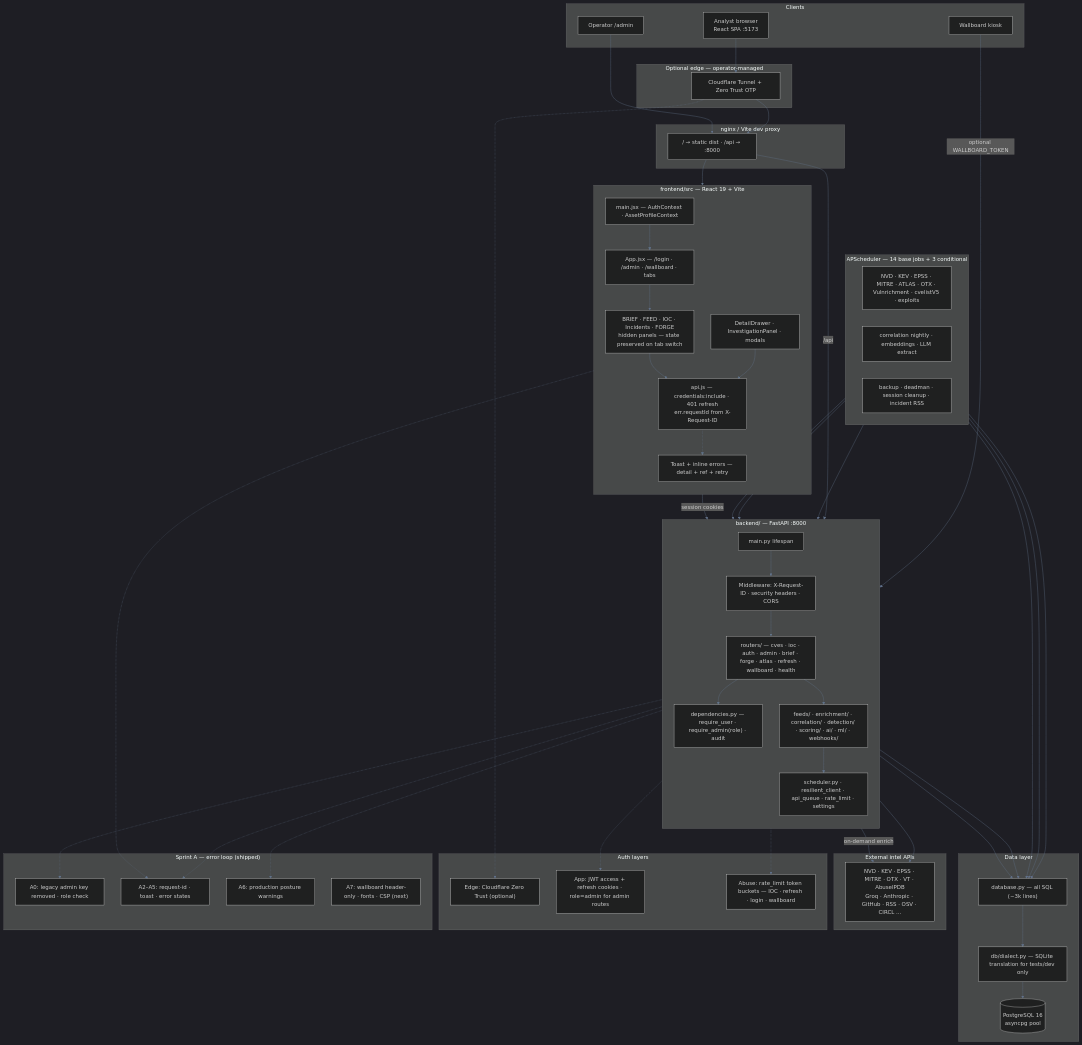
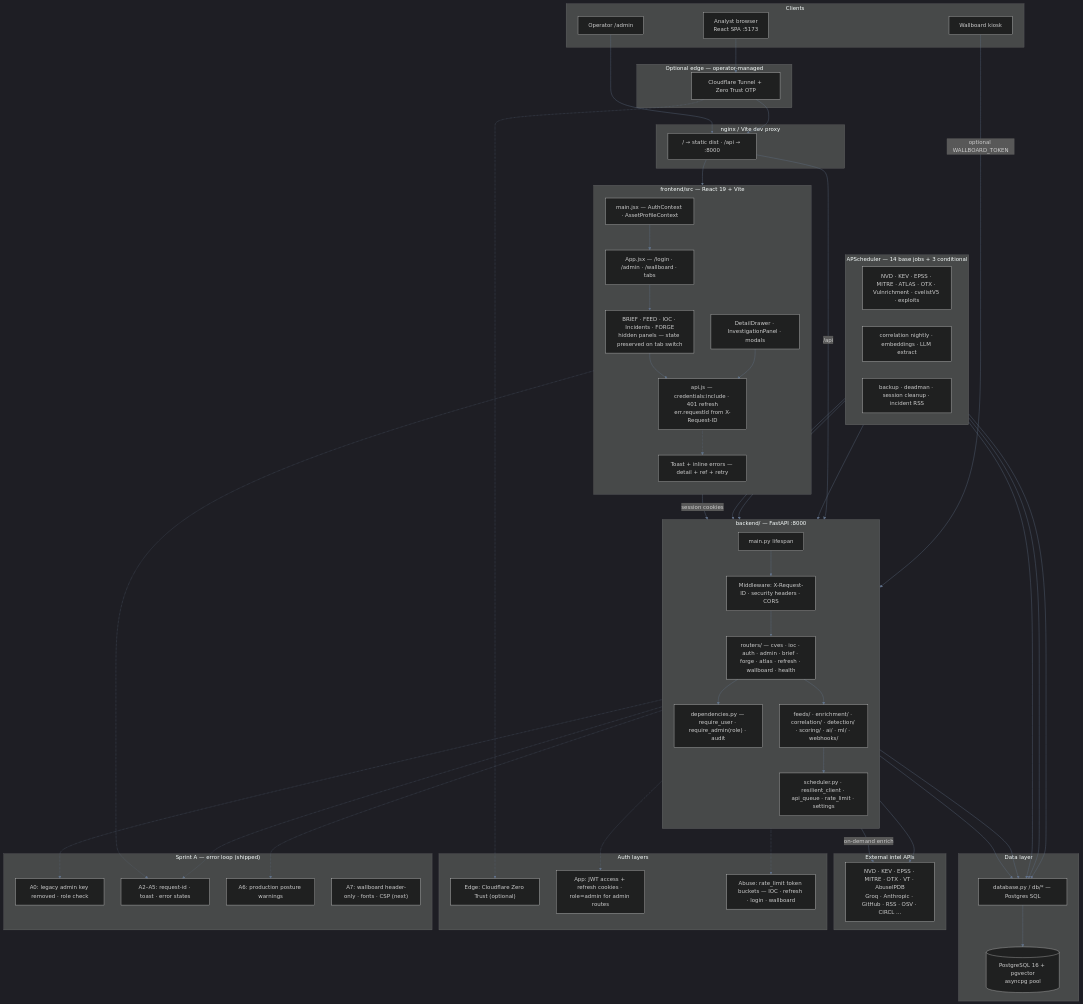
The diagram in docs/diagrams/system-graph.mermaid (Soldier0x0/briefr), drawn with Mermaid (dark theme) before and after one commit. The commit also changed 67 other files, not shown here.

First line of the commit message:
chore: drop dead SQLite hatch leftover in tests and docs

```diff
--- a/docs/diagrams/system-graph.mermaid
+++ b/docs/diagrams/system-graph.mermaid
@@ -1,98 +1,97 @@
 flowchart TB
   subgraph Clients["Clients"]
     Browser["Analyst browser<br/>React SPA :5173"]
     Kiosk["Wallboard kiosk"]
     AdminOp["Operator /admin"]
   end
 
   subgraph EdgeOpt["Optional edge — operator-managed"]
     CF["Cloudflare Tunnel + Zero Trust OTP"]
   end
 
   subgraph Frontend["frontend/src — React 19 + Vite"]
     direction TB
     Boot["main.jsx — AuthContext · AssetProfileContext"]
     Routes["App.jsx — /login · /admin · /wallboard · tabs"]
     Tabs["BRIEF · FEED · IOC · Incidents · FORGE<br/>hidden panels — state preserved on tab switch"]
     Overlay["DetailDrawer · InvestigationPanel · modals"]
     API_FE["api.js — credentials:include · 401 refresh<br/>err.requestId from X-Request-ID"]
     UX["Toast + inline errors — detail + ref + retry"]
     Boot --> Routes --> Tabs
     Tabs --> API_FE
     Overlay --> API_FE
     API_FE -.-> UX
   end
 
   subgraph Proxy["nginx / Vite dev proxy"]
     NGX["/ → static dist · /api → :8000"]
   end
 
   subgraph Backend["backend/ — FastAPI :8000"]
     direction TB
     Entry["main.py lifespan"]
     MW["Middleware: X-Request-ID · security headers · CORS"]
     Routers["routers/ — cves · ioc · auth · admin · brief · forge · atlas · refresh · wallboard · health"]
     Deps["dependencies.py — require_user · require_admin(role) · audit"]
     Domain["feeds/ · enrichment/ · correlation/ · detection/ · scoring/ · ai/ · ml/ · webhooks/"]
     Infra["scheduler.py · resilient_client · api_queue · rate_limit · settings"]
     Entry --> MW --> Routers
     Routers --> Deps
     Routers --> Domain
     Domain --> Infra
   end
 
   subgraph Scheduler["APScheduler — 14 base jobs + 3 conditional"]
     direction LR
     Ingest["NVD · KEV · EPSS · MITRE · ATLAS · OTX · Vulnrichment · cvelistV5 · exploits"]
     Intel["correlation nightly · embeddings · LLM extract"]
     Ops["backup · deadman · session cleanup · incident RSS"]
   end
 
   subgraph Data["Data layer"]
-    PG[("PostgreSQL 16<br/>asyncpg pool")]
-    Dialect["db/dialect.py — SQLite translation for tests/dev only"]
-    DBMod["database.py — all SQL (~3k lines)"]
-    DBMod --> Dialect --> PG
+    PG[("PostgreSQL 16 + pgvector<br/>asyncpg pool")]
+    DBMod["database.py / db/* — Postgres SQL"]
+    DBMod --> PG
   end
 
   subgraph External["External intel APIs"]
     EXT["NVD · KEV · EPSS · MITRE · OTX · VT · AbuseIPDB<br/>Groq · Anthropic · GitHub · RSS · OSV · CIRCL …"]
   end
 
   Browser --> CF --> NGX
   AdminOp --> NGX
   Kiosk -->|optional WALLBOARD_TOKEN| MW
   NGX --> Boot
   NGX -->|/api| MW
   API_FE -->|session cookies| MW
 
   Ingest & Intel & Ops --> Domain
   Ingest & Intel & Ops --> DBMod
   Domain --> DBMod
   Routers --> DBMod
   Domain --> EXT
   Routers -->|on-demand enrich| EXT
 
   subgraph Auth["Auth layers"]
     L1["Edge: Cloudflare Zero Trust (optional)"]
     L2["App: JWT access + refresh cookies · role=admin for admin routes"]
     L3["Abuse: rate_limit token buckets — IOC · refresh · login · wallboard"]
   end
 
   CF -.-> L1
   Deps -.-> L2
   Infra -.-> L3
 
   subgraph SprintA["Sprint A — error loop (shipped)"]
     A0["A0: legacy admin key removed · role check"]
     A2["A2–A5: request-id · toast · error states"]
     A6["A6: production posture warnings"]
     A7["A7: wallboard header-only · fonts · CSP (next)"]
   end
 
   MW -.-> A2
   Deps -.-> A0
   Infra -.-> A6
   UX -.-> A2
 
   linkStyle default stroke:#64748b
```
